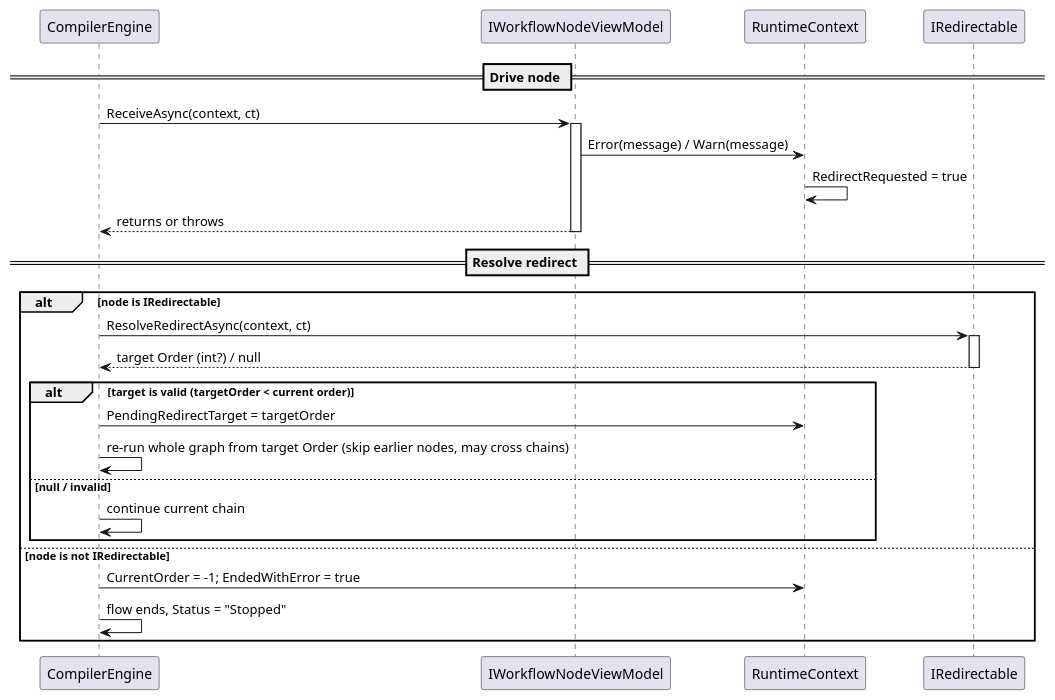
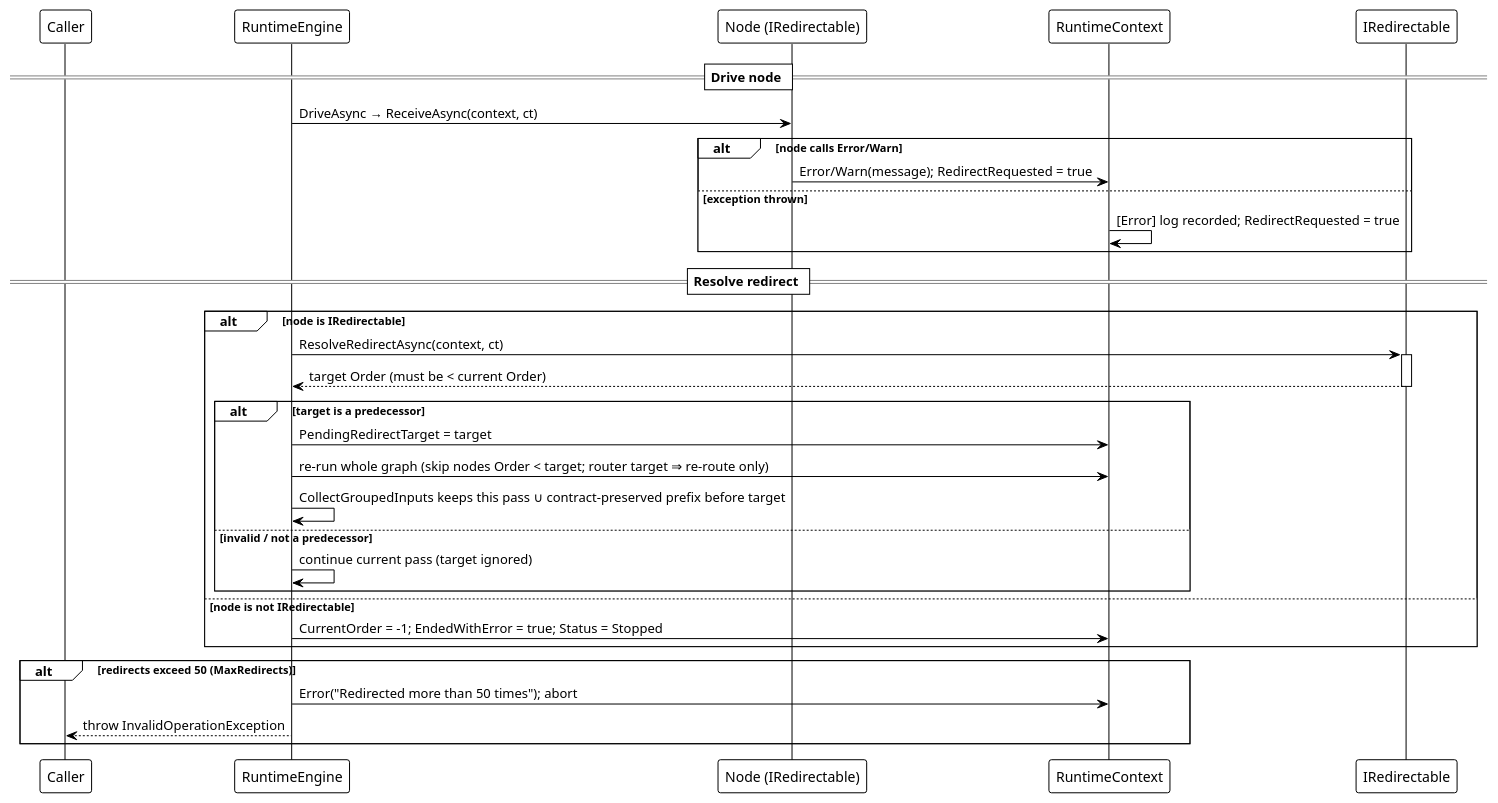
The fourth of 5 diagrams in src/CloudGlyph/Assets/Docs/content/en/3_SE_Analysis/03_data-flow/00_workflow-system/index.md (Axvser/VeloxDev.Docs), drawn with PlantUML before and after one commit. The commit also changed other lines of this file and 443 other files, not shown here.

````diff
--- a/src/CloudGlyph/Assets/Docs/content/en/3_SE_Analysis/03_data-flow/00_workflow-system/index.md
+++ b/src/CloudGlyph/Assets/Docs/content/en/3_SE_Analysis/03_data-flow/00_workflow-system/index.md
@@ -177,33 +169,40 @@
 ```plantuml
 @startuml
-participant "CompilerEngine" as Engine
-participant "IWorkflowNodeViewModel" as Node
+!theme plain
+participant Caller
+participant "RuntimeEngine" as Engine
+participant "Node (IRedirectable)" as Node
 participant "RuntimeContext" as Context
 participant "IRedirectable" as Redirectable
 
-    == Drive node ==
-    Engine -> Node: ReceiveAsync(context, ct)
-    activate Node
-    Node -> Context: Error(message) / Warn(message)
-    Context -> Context: RedirectRequested = true
-    Node --> Engine: returns or throws
-    deactivate Node
+== Drive node ==
+Engine -> Node: DriveAsync → ReceiveAsync(context, ct)
+alt node calls Error/Warn
+    Node -> Context: Error/Warn(message); RedirectRequested = true
+else exception thrown
+    Context -> Context: [Error] log recorded; RedirectRequested = true
+end
 
-    == Resolve redirect ==
-    alt node is IRedirectable
-        Engine -> Redirectable: ResolveRedirectAsync(context, ct)
-        activate Redirectable
-        Redirectable --> Engine: target Order (int?) / null
-        deactivate Redirectable
-        alt target is valid (targetOrder < current order)
-            Engine -> Context: PendingRedirectTarget = targetOrder
-            Engine -> Engine: re-run whole graph from target Order (skip earlier nodes, may cross chains)
-        else null / invalid
-            Engine -> Engine: continue current chain
-        end
-    else node is not IRedirectable
-        Engine -> Context: CurrentOrder = -1; EndedWithError = true
-        Engine -> Engine: flow ends, Status = "Stopped"
+== Resolve redirect ==
+alt node is IRedirectable
+    Engine -> Redirectable: ResolveRedirectAsync(context, ct)
+    activate Redirectable
+    Redirectable --> Engine: target Order (must be < current Order)
+    deactivate Redirectable
+    alt target is a predecessor
+        Engine -> Context: PendingRedirectTarget = target
+        Engine -> Context: re-run whole graph (skip nodes Order < target; router target ⇒ re-route only)
+        Engine -> Engine: CollectGroupedInputs keeps this pass ∪ contract-preserved prefix before target
+    else invalid / not a predecessor
+        Engine -> Engine: continue current pass (target ignored)
     end
+else node is not IRedirectable
+    Engine -> Context: CurrentOrder = -1; EndedWithError = true; Status = Stopped
+end
+
+alt redirects exceed 50 (MaxRedirects)
+    Engine -> Context: Error("Redirected more than 50 times"); abort
+    Engine --> Caller: throw InvalidOperationException
+end
 @enduml
 ```
````
